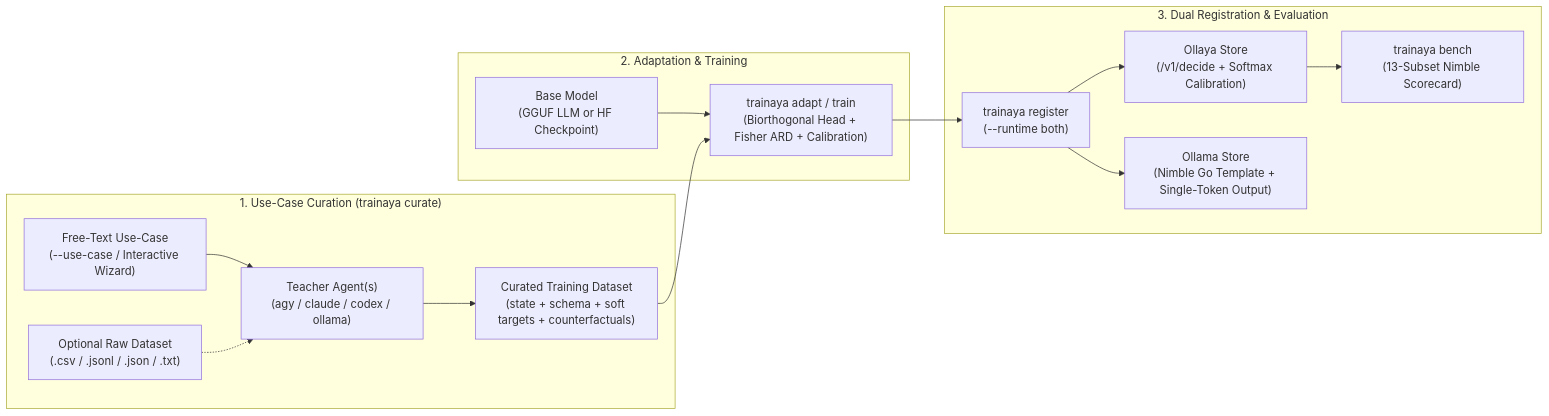
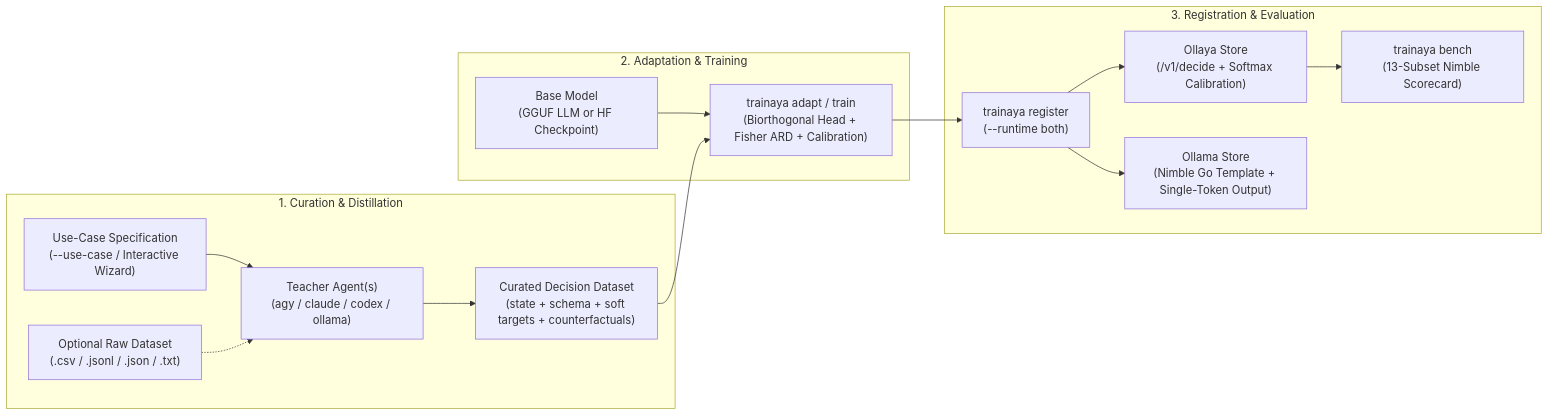
One commit to solarpush/trainaya changed the diagram in README.md. Above: the diagram before and after it, drawn with Mermaid. The commit also changed other lines of this file, not shown here.

````diff
--- a/README.md
+++ b/README.md
@@ -29,30 +31,30 @@
 ```mermaid
 flowchart LR
-    subgraph Curation ["1. Use-Case Curation (trainaya curate)"]
-        UC["Free-Text Use-Case\n(--use-case / Interactive Wizard)"]
+    subgraph Curation ["1. Curation & Distillation"]
+        UC["Use-Case Specification\n(--use-case / Interactive Wizard)"]
         RAW["Optional Raw Dataset\n(.csv / .jsonl / .json / .txt)"]
         TEACH["Teacher Agent(s)\n(agy / claude / codex / ollama)"]
-        DATA["Curated Training Dataset\n(state + schema + soft targets + counterfactuals)"]
+        DATA["Curated Decision Dataset\n(state + schema + soft targets + counterfactuals)"]
         UC --> TEACH
         RAW -.-> TEACH
         TEACH --> DATA
     end
 
     subgraph Adaptation ["2. Adaptation & Training"]
         BASE["Base Model\n(GGUF LLM or HF Checkpoint)"]
         ADAPT["trainaya adapt / train\n(Biorthogonal Head + Fisher ARD + Calibration)"]
         BASE --> ADAPT
         DATA --> ADAPT
     end
 
-    subgraph Deployment ["3. Dual Registration & Evaluation"]
+    subgraph Deployment ["3. Registration & Evaluation"]
         REG["trainaya register\n(--runtime both)"]
         OLLAYA["Ollaya Store\n(/v1/decide + Softmax Calibration)"]
         OLLAMA["Ollama Store\n(Nimble Go Template + Single-Token Output)"]
         BENCH["trainaya bench\n(13-Subset Nimble Scorecard)"]
         ADAPT --> REG
         REG --> OLLAYA
         REG --> OLLAMA
         OLLAYA --> BENCH
     end
 ```
````
